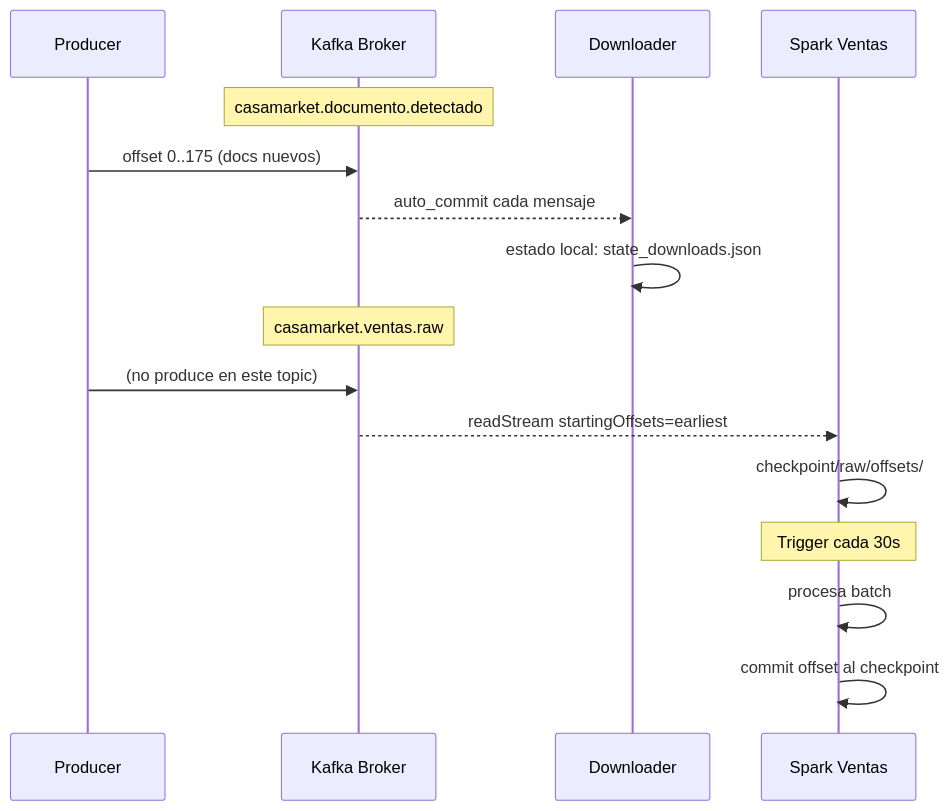
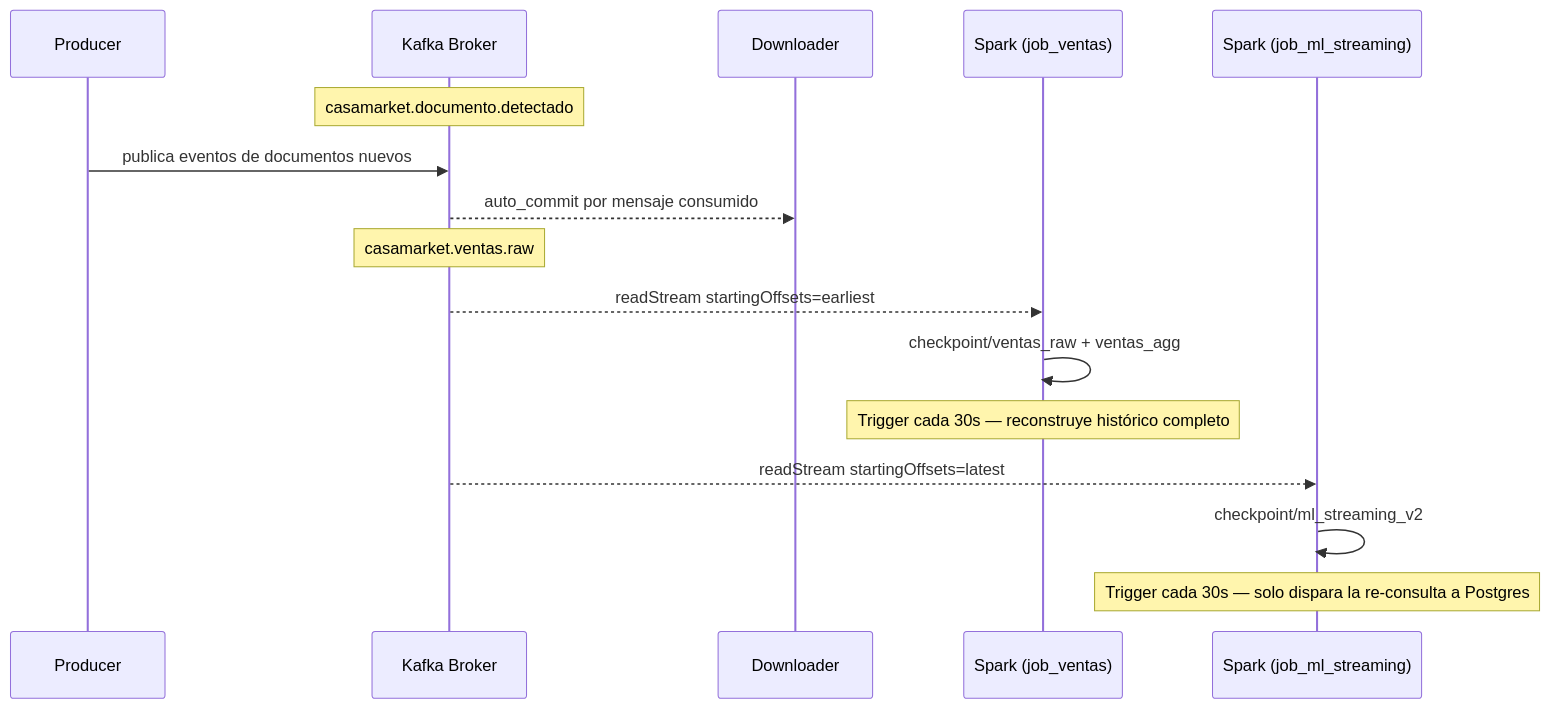
Before and after one commit to AlessandroPastor/BigData: the diagram in docs/datos/kafka-topics.md, drawn with Mermaid. The commit also changed other lines of this file and 28 other files, not shown here.

````diff
--- a/docs/datos/kafka-topics.md
+++ b/docs/datos/kafka-topics.md
@@ -186,20 +155,21 @@
 ```mermaid
 sequenceDiagram
     participant PROD as Producer
     participant K as Kafka Broker
     participant DL as Downloader
-    participant SPARK as Spark Ventas
+    participant SPV as Spark (job_ventas)
+    participant SPM as Spark (job_ml_streaming)
 
     Note over K: casamarket.documento.detectado
-    PROD->>K: offset 0..175 (docs nuevos)
-    K-->>DL: auto_commit cada mensaje
-    DL->>DL: estado local: state_downloads.json
+    PROD->>K: publica eventos de documentos nuevos
+    K-->>DL: auto_commit por mensaje consumido
 
     Note over K: casamarket.ventas.raw
-    PROD->>K: (no produce en este topic)
-    K-->>SPARK: readStream startingOffsets=earliest
-    SPARK->>SPARK: checkpoint/raw/offsets/
-    Note over SPARK: Trigger cada 30s
-    SPARK->>SPARK: procesa batch
-    SPARK->>SPARK: commit offset al checkpoint
+    K-->>SPV: readStream startingOffsets=earliest
+    SPV->>SPV: checkpoint/ventas_raw + ventas_agg
+    Note over SPV: Trigger cada 30s — reconstruye histórico completo
+
+    K-->>SPM: readStream startingOffsets=latest
+    SPM->>SPM: checkpoint/ml_streaming_v2
+    Note over SPM: Trigger cada 30s — solo dispara la re-consulta a Postgres
 ```
````
